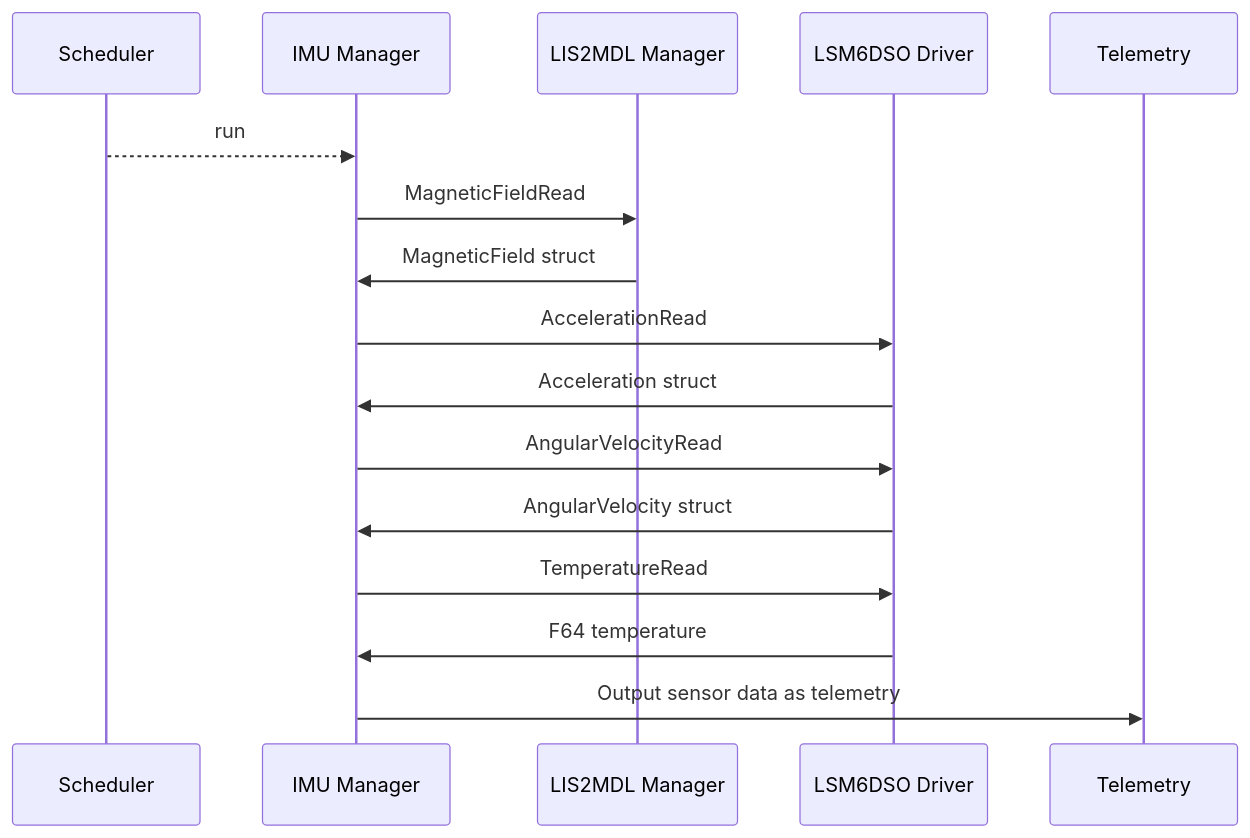
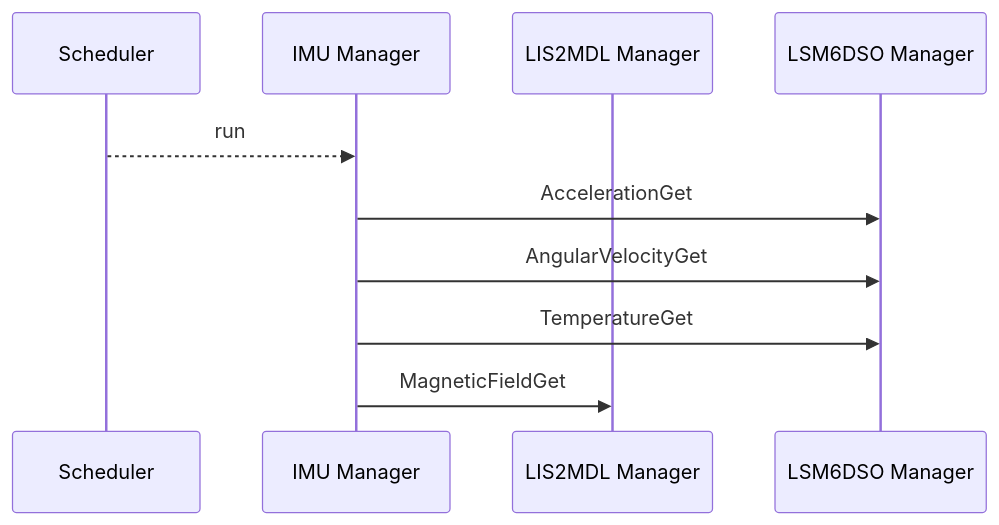
Before and after one commit to Open-Source-Space-Foundation/proves-core-reference: the second of 2 diagrams in FprimeZephyrReference/Components/ImuManager/docs/sdd.md, drawn with Mermaid. The commit also changed other lines of this file and 11 other files, not shown here.

Commit message:
clear throttle, configure lsm6 sensor, read->get

````diff
--- a/FprimeZephyrReference/Components/ImuManager/docs/sdd.md
+++ b/FprimeZephyrReference/Components/ImuManager/docs/sdd.md
@@ -42,19 +45,13 @@
 ```mermaid
 sequenceDiagram
     participant Scheduler
     participant IMU Manager
     participant LIS2MDL Manager
-    participant LSM6DSO Driver
-    participant Telemetry
+    participant LSM6DSO Manager
 
     Scheduler-->>IMU Manager: run
-    IMU Manager->>LIS2MDL Manager: MagneticFieldRead
-    LIS2MDL Manager->>IMU Manager: MagneticField struct
-    IMU Manager->>LSM6DSO Driver: AccelerationRead
-    LSM6DSO Driver->>IMU Manager: Acceleration struct
-    IMU Manager->>LSM6DSO Driver: AngularVelocityRead
-    LSM6DSO Driver->>IMU Manager: AngularVelocity struct
-    IMU Manager->>LSM6DSO Driver: TemperatureRead
-    LSM6DSO Driver->>IMU Manager: F64 temperature
-    IMU Manager->>Telemetry: Output sensor data as telemetry
+    IMU Manager->>LSM6DSO Manager: AccelerationGet
+    IMU Manager->>LSM6DSO Manager: AngularVelocityGet
+    IMU Manager->>LSM6DSO Manager: TemperatureGet
+    IMU Manager->>LIS2MDL Manager: MagneticFieldGet
 ```
````
